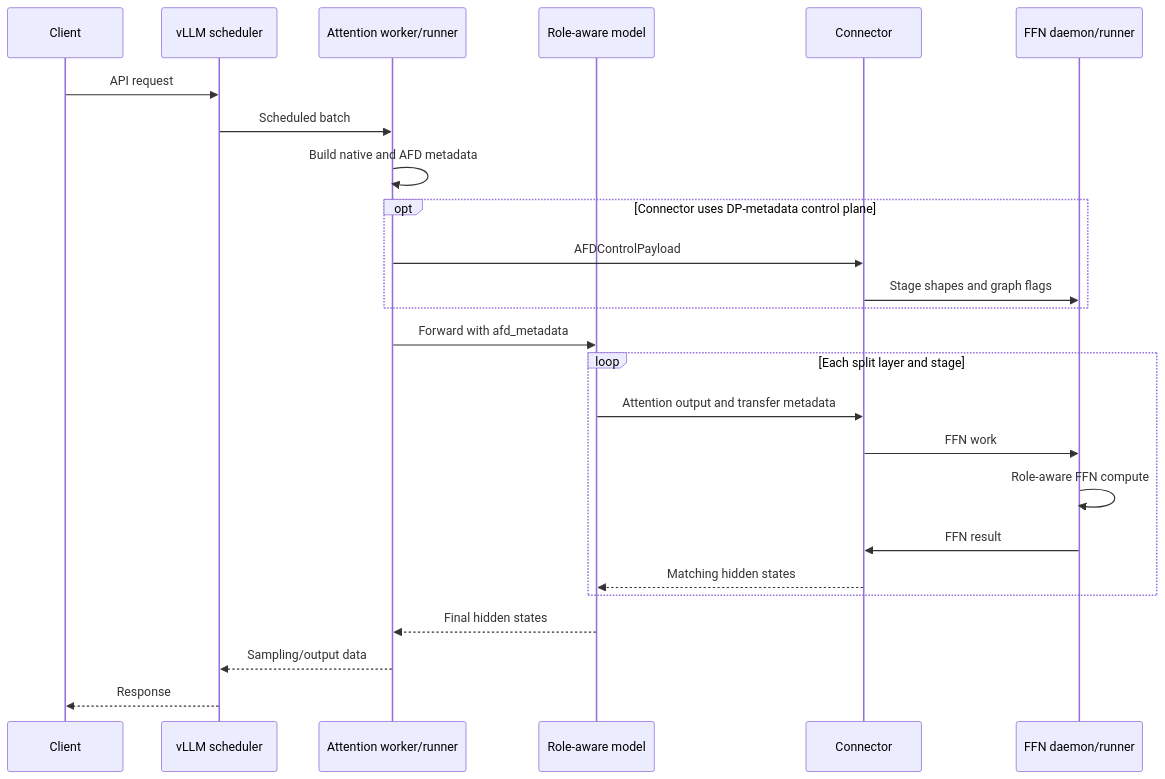
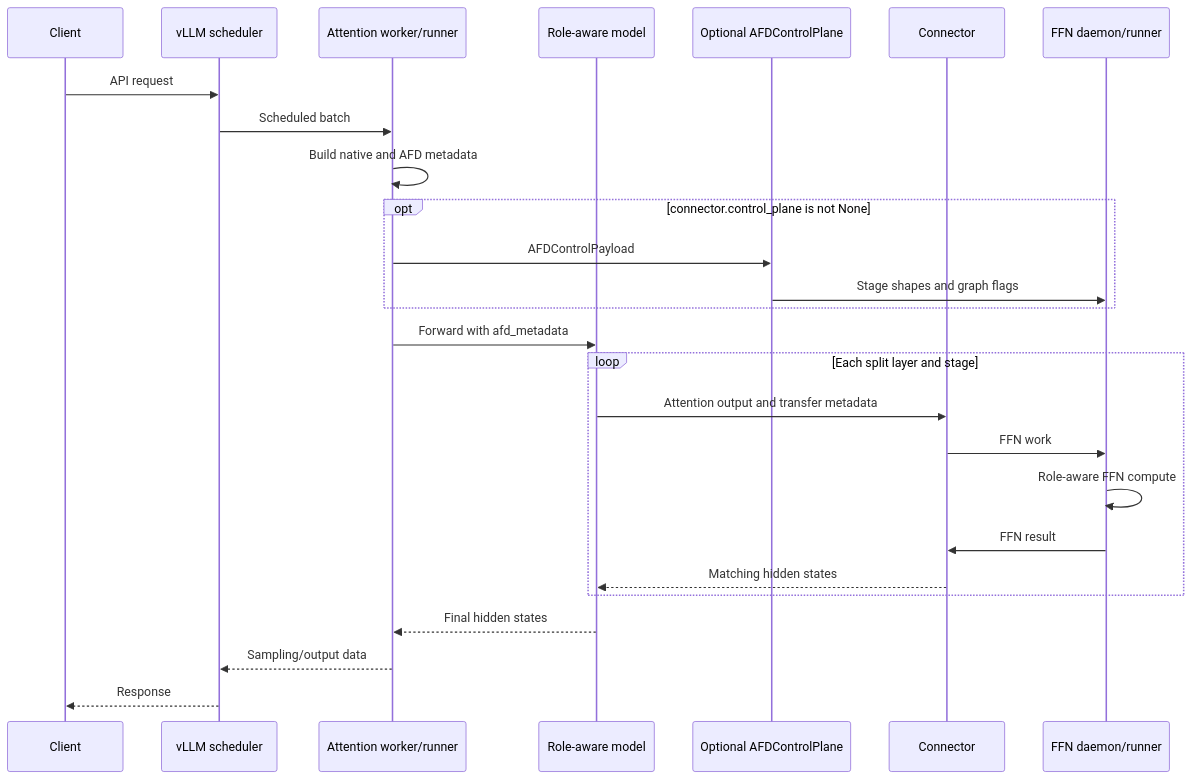
The diagram in docs/design/module/attention_runtime.md (JiusiServe/afd-plugin), drawn with Mermaid before and after one commit. The commit also changed other lines of this file and 3 other files, not shown here.

Commit message:
docs: refresh design for control-plane split

````diff
--- a/docs/design/module/attention_runtime.md
+++ b/docs/design/module/attention_runtime.md
@@ -140,28 +140,29 @@
 ```mermaid
 sequenceDiagram
     participant Client
     participant Scheduler as vLLM scheduler
     participant Attention as Attention worker/runner
     participant Model as Role-aware model
+    participant ControlPlane as Optional AFDControlPlane
     participant Connector
     participant FFN as FFN daemon/runner
 
     Client->>Scheduler: API request
     Scheduler->>Attention: Scheduled batch
     Attention->>Attention: Build native and AFD metadata
-    opt Connector uses DP-metadata control plane
-        Attention->>Connector: AFDControlPayload
-        Connector->>FFN: Stage shapes and graph flags
+    opt connector.control_plane is not None
+        Attention->>ControlPlane: AFDControlPayload
+        ControlPlane->>FFN: Stage shapes and graph flags
     end
     Attention->>Model: Forward with afd_metadata
     loop Each split layer and stage
         Model->>Connector: Attention output and transfer metadata
         Connector->>FFN: FFN work
         FFN->>FFN: Role-aware FFN compute
         FFN->>Connector: FFN result
         Connector-->>Model: Matching hidden states
     end
     Model-->>Attention: Final hidden states
     Attention-->>Scheduler: Sampling/output data
     Scheduler-->>Client: Response
 ```
````
